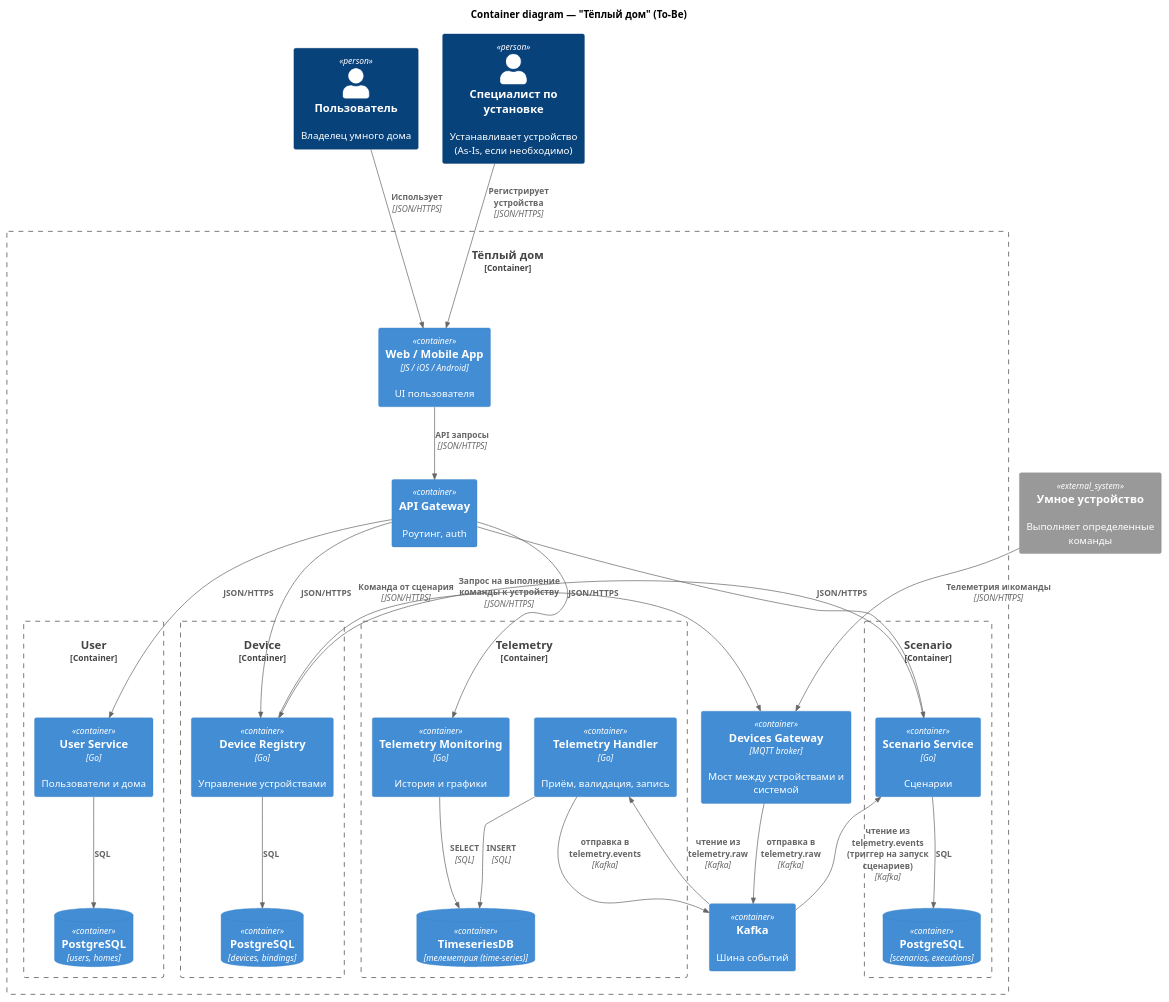
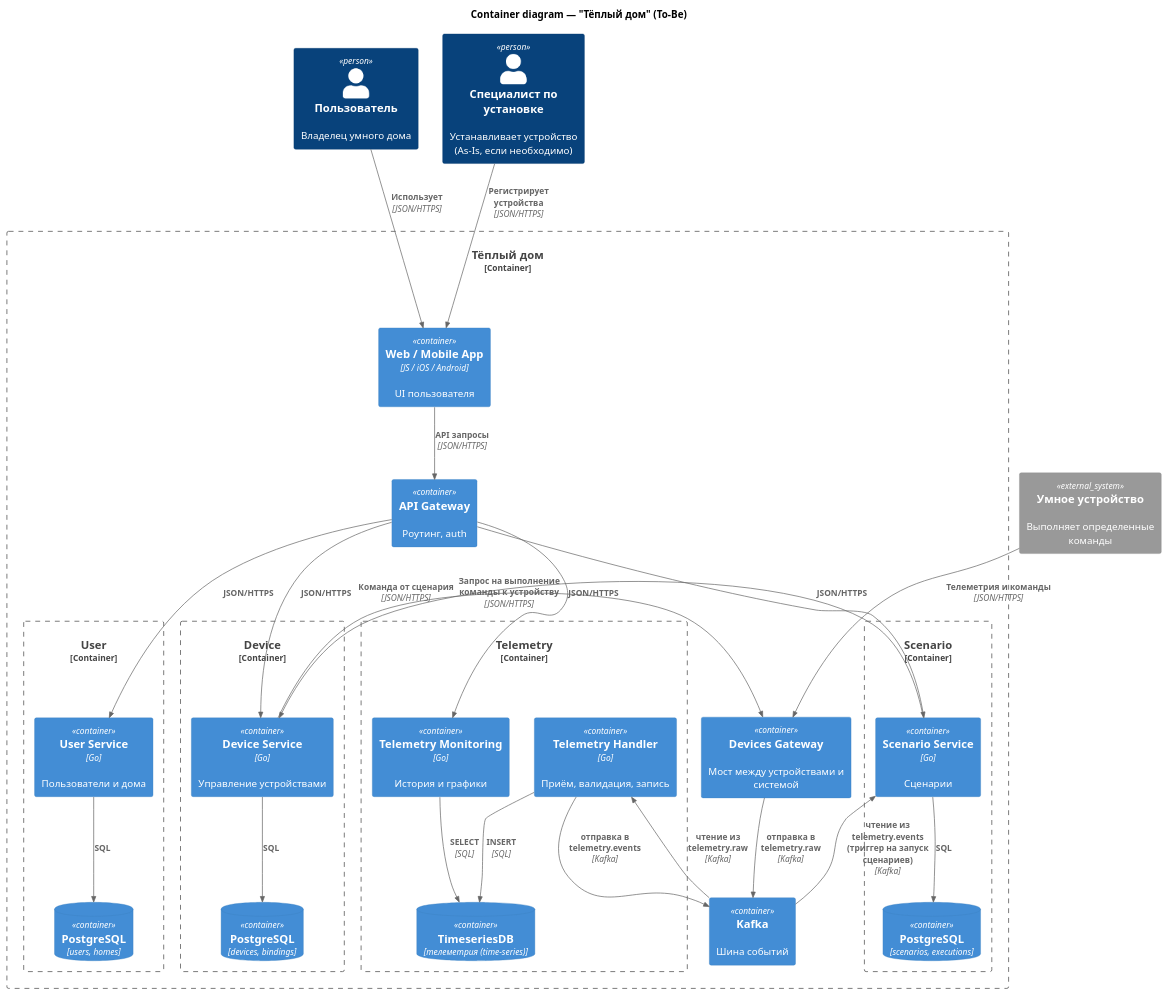
Before and after one commit to drunkendolphin2-ai/architecture-warmhouse: the diagram in diagrams/context/SmartHome_Container.puml, drawn with PlantUML. The commit also changed 2 other files, not shown here.

Commit message:
создал диаграмму компонентов для сервиса девайсов + правки по другим контейнерам

```diff
--- a/diagrams/context/SmartHome_Container.puml
+++ b/diagrams/context/SmartHome_Container.puml
@@ -1,71 +1,71 @@
 @startuml
 !includeurl https://raw.githubusercontent.com/plantuml-stdlib/C4-PlantUML/master/C4_Container.puml
 
 title Container diagram — "Тёплый дом" (To-Be)
 
 Person(user, "Пользователь", "Владелец умного дома")
 Person(specialist, "Специалист по установке", "Устанавливает устройство (As-Is, если необходимо)")
 
 System_Ext(device, "Умное устройство", "Выполняет определенные команды")
 
 Container_Boundary(warmHouse, "Тёплый дом") {
 
     Container(webApp, "Web / Mobile App", "JS / iOS / Android", "UI пользователя")
     Container(apiGw, "API Gateway", "", "Роутинг, auth")
-    Container(iotGw, "Devices Gateway", "MQTT broker", "Мост между устройствами и системой")
+    Container(iotGw, "Devices Gateway", "", "Мост между устройствами и системой")
     Container(broker, "Kafka", "", "Шина событий")
 
     Container_Boundary(b_user, "User") {
         Container(userService, "User Service", "Go", "Пользователи и дома")
         ContainerDb(pgUser, "PostgreSQL", "users, homes")
     }
 
     Container_Boundary(b_device, "Device") {
-        Container(deviceService, "Device Registry", "Go", "Управление устройствами")
+        Container(deviceService, "Device Service", "Go", "Управление устройствами")
         ContainerDb(pgDevice, "PostgreSQL", "devices, bindings")
     }
 
     Container_Boundary(b_telemetry, "Telemetry") {
         Container(telemetryIn, "Telemetry Handler", "Go", "Приём, валидация, запись")
         Container(telemetryMonitoring, "Telemetry Monitoring", "Go", "История и графики")
         ContainerDb(tsdb, "TimeseriesDB", "телеметрия (time-series)")
     }
 
     Container_Boundary(b_scenario, "Scenario") {
         Container(scenarioService, "Scenario Service", "Go", "Сценарии")
         ContainerDb(pgScenario, "PostgreSQL", "scenarios, executions")
     }
 }
 
 ' Пользователи
 Rel(user, webApp, "Использует", "JSON/HTTPS")
 Rel(specialist, webApp, "Регистрирует устройства", "JSON/HTTPS")
 Rel(webApp, apiGw, "API запросы", "JSON/HTTPS")
 
 ' Запросы пользователей через Gateway
 Rel(apiGw, userService, "JSON/HTTPS")
 Rel(apiGw, deviceService, "JSON/HTTPS")
 Rel(apiGw, telemetryMonitoring, "JSON/HTTPS")
 Rel(apiGw, scenarioService, "JSON/HTTPS")
 
 ' Межсервисные запросы
 Rel(scenarioService, deviceService, "Команда от сценария", "JSON/HTTPS")
 
 ' Async через Kafka
 Rel(broker, telemetryIn, "чтение из telemetry.raw", "Kafka")
 Rel(telemetryIn, broker, "отправка в telemetry.events", "Kafka")
 Rel(broker, scenarioService, "чтение из telemetry.events (триггер на запуск сценариев)", "Kafka")
 
 ' Устройства
 Rel(device, iotGw, "Телеметрия и команды", "JSON/HTTPS")
 Rel(iotGw, broker, "отправка в telemetry.raw", "Kafka")
 Rel(deviceService, iotGw, "Запрос на выполнение команды к устройству", "JSON/HTTPS")
 
 ' БД
 Rel(userService, pgUser, "SQL")
 Rel(deviceService, pgDevice, "SQL")
 Rel(telemetryIn, tsdb, "INSERT", "SQL")
 Rel(telemetryMonitoring, tsdb, "SELECT", "SQL")
 Rel(scenarioService, pgScenario, "SQL")
 
 @enduml
```
